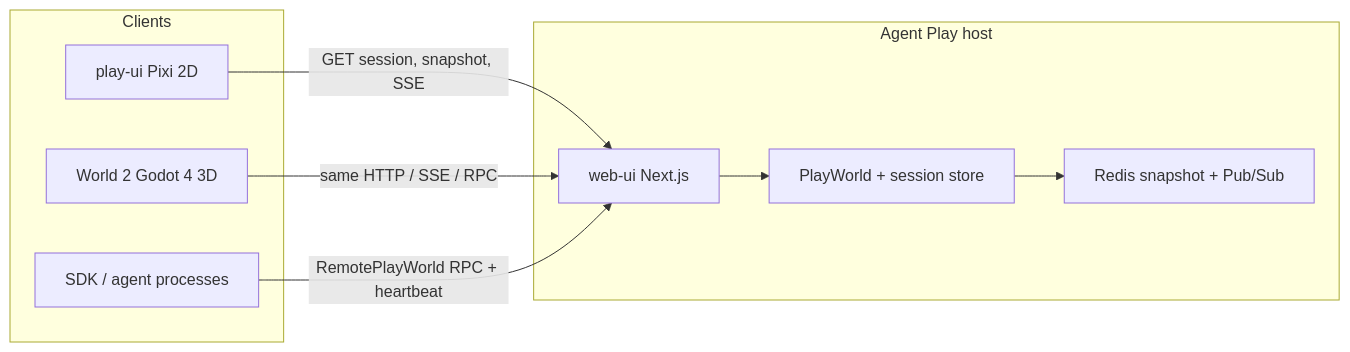
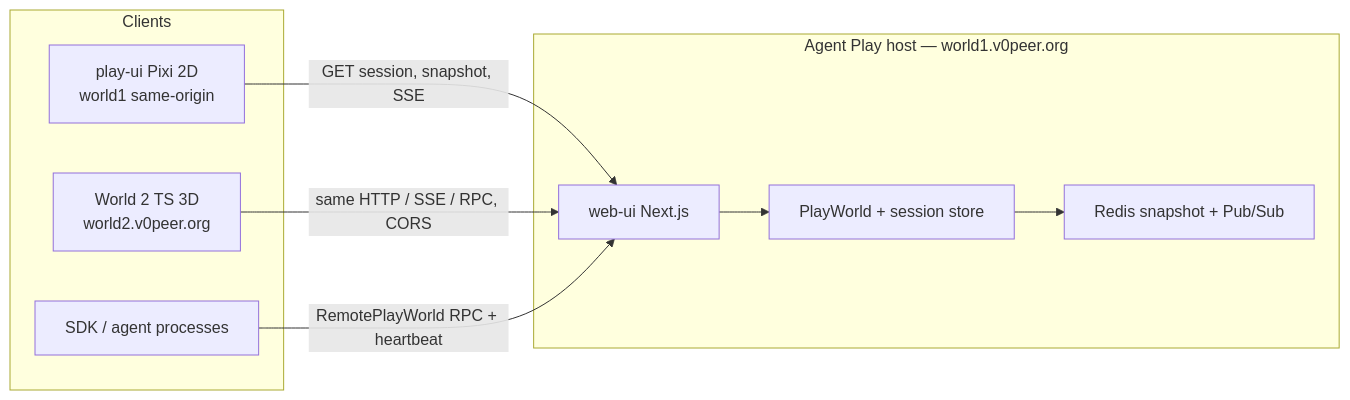
The second of 4 diagrams in docs/architecture.md (Agent-Play-Playworld/world2), drawn with Mermaid before and after one commit. The commit also changed other lines of this file and 6 other files, not shown here.

````diff
--- a/docs/architecture.md
+++ b/docs/architecture.md
@@ -9,20 +35,20 @@
 ```mermaid
 flowchart LR
   subgraph clients [Clients]
-    PlayUI["play-ui Pixi 2D"]
-    World2["World 2 Godot 4 3D"]
+    PlayUI["play-ui Pixi 2D<br/>world1 same-origin"]
+    World2["World 2 TS 3D<br/>world2.v0peer.org"]
     SDK["SDK / agent processes"]
   end
 
-  subgraph host [Agent Play host]
+  subgraph host [Agent Play host — world1.v0peer.org]
     Next["web-ui Next.js"]
     Redis["Redis snapshot + Pub/Sub"]
     PlayWorld["PlayWorld + session store"]
   end
 
   PlayUI -->|"GET session, snapshot, SSE"| Next
-  World2 -->|"same HTTP / SSE / RPC"| Next
+  World2 -->|"same HTTP / SSE / RPC, CORS"| Next
   SDK -->|"RemotePlayWorld RPC + heartbeat"| Next
   Next --> PlayWorld
   PlayWorld --> Redis
 ```
````
